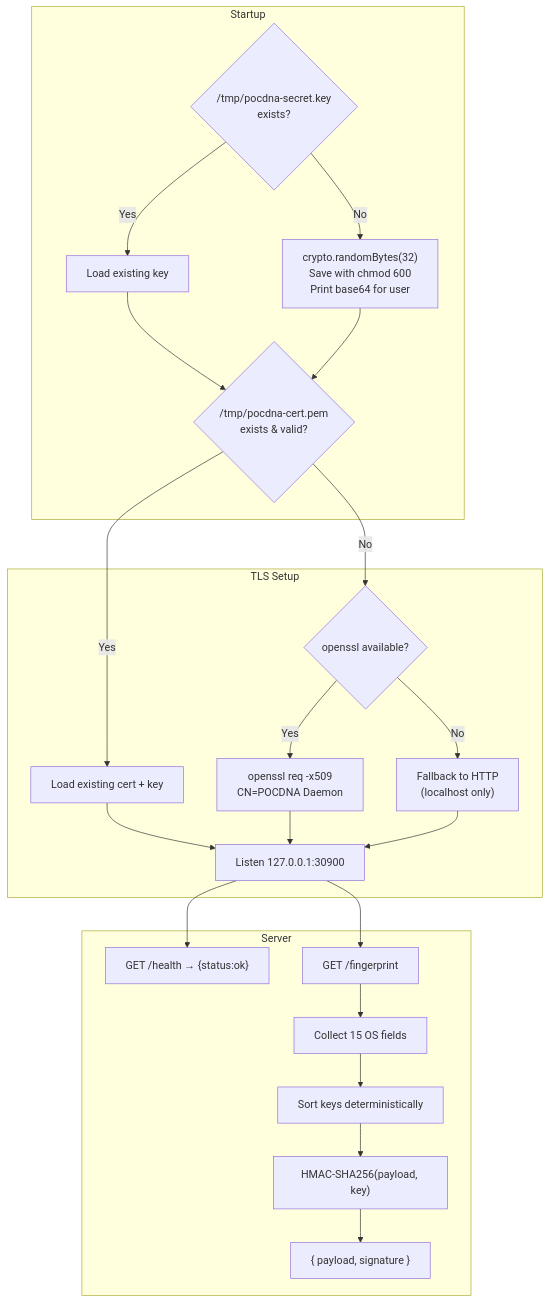
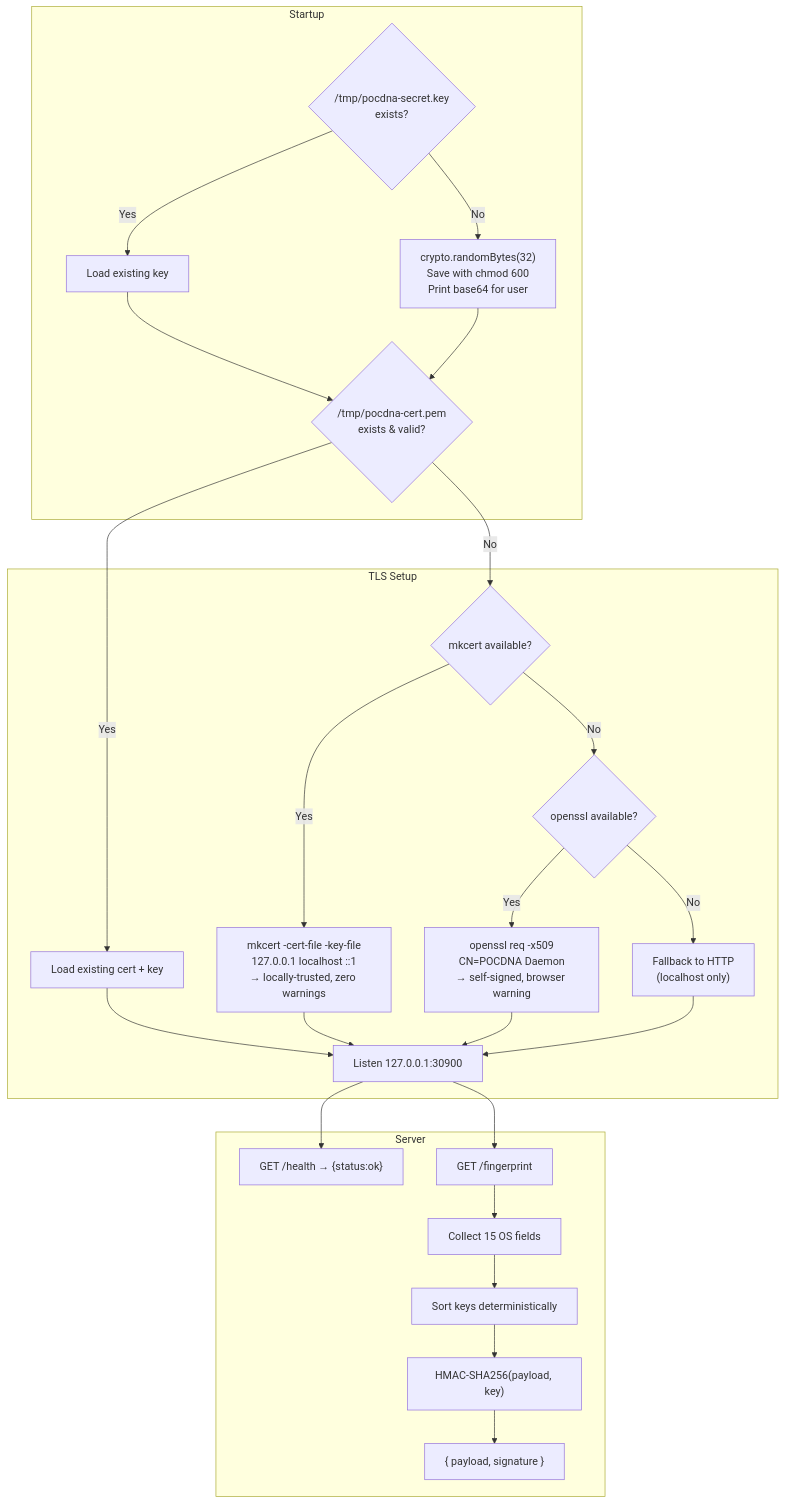
Before and after one commit to andermoreira/dna: the fourth of 5 diagrams in docs/architecture.md, drawn with Mermaid. The commit also changed other lines of this file and 2 other files, not shown here.

Commit message:
feat(daemon): add mkcert support for locally-trusted TLS certificates
TLS certificate generation now follows a 3-tier fallback:
1. mkcert — locally-trusted CA, zero browser warnings (ideal)
2. openssl — self-signed cert, browser shows warning
3. HTTP — no TLS, last resort

Updated README and docs/architecture.md with mkcert setup
instructions and updated Warsaw comparison diagram.

````diff
--- a/docs/architecture.md
+++ b/docs/architecture.md
@@ -184,31 +184,34 @@
 ```mermaid
 flowchart TD
     subgraph Startup
         Key{"/tmp/pocdna-secret.key\nexists?"}
         Key -->|"Yes"| Load["Load existing key"]
         Key -->|"No"| Gen["crypto.randomBytes(32)\nSave with chmod 600\nPrint base64 for user"]
         Load --> CertCheck
         Gen --> CertCheck
     end
 
     subgraph TLS["TLS Setup"]
         CertCheck{"/tmp/pocdna-cert.pem\nexists & valid?"}
         CertCheck -->|"Yes"| LoadCert["Load existing cert + key"]
-        CertCheck -->|"No"| OpenSSL{"openssl available?"}
-        OpenSSL -->|"Yes"| GenCert["openssl req -x509\nCN=POCDNA Daemon"]
+        CertCheck -->|"No"| Mkcert{"mkcert available?"}
+        Mkcert -->|"Yes"| GenMkcert["mkcert -cert-file -key-file\n127.0.0.1 localhost ::1\n→ locally-trusted, zero warnings"]
+        Mkcert -->|"No"| OpenSSL{"openssl available?"}
+        OpenSSL -->|"Yes"| GenCert["openssl req -x509\nCN=POCDNA Daemon\n→ self-signed, browser warning"]
         OpenSSL -->|"No"| Fallback["Fallback to HTTP\n(localhost only)"]
         LoadCert --> Listen
+        GenMkcert --> Listen
         GenCert --> Listen
         Fallback --> Listen
     end
 
     subgraph Server
         Listen["Listen 127.0.0.1:30900"]
         Listen --> Health["GET /health → {status:ok}"]
         Listen --> FP["GET /fingerprint"]
         FP --> Collect["Collect 15 OS fields"]
         Collect --> Sort["Sort keys deterministically"]
         Sort --> Sign["HMAC-SHA256(payload, key)"]
         Sign --> Respond["{ payload, signature }"]
     end
 ```
````
